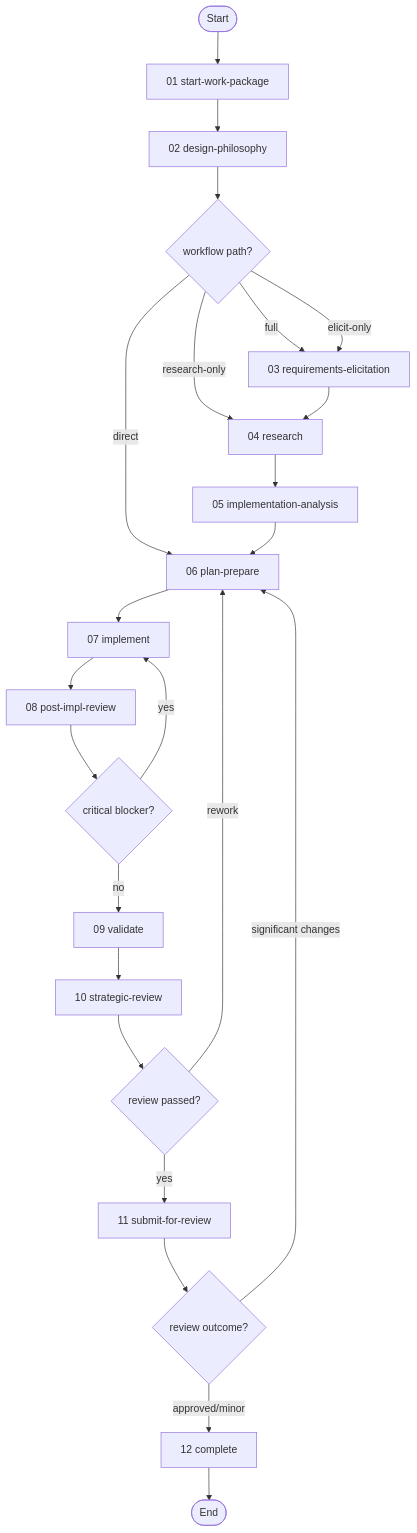
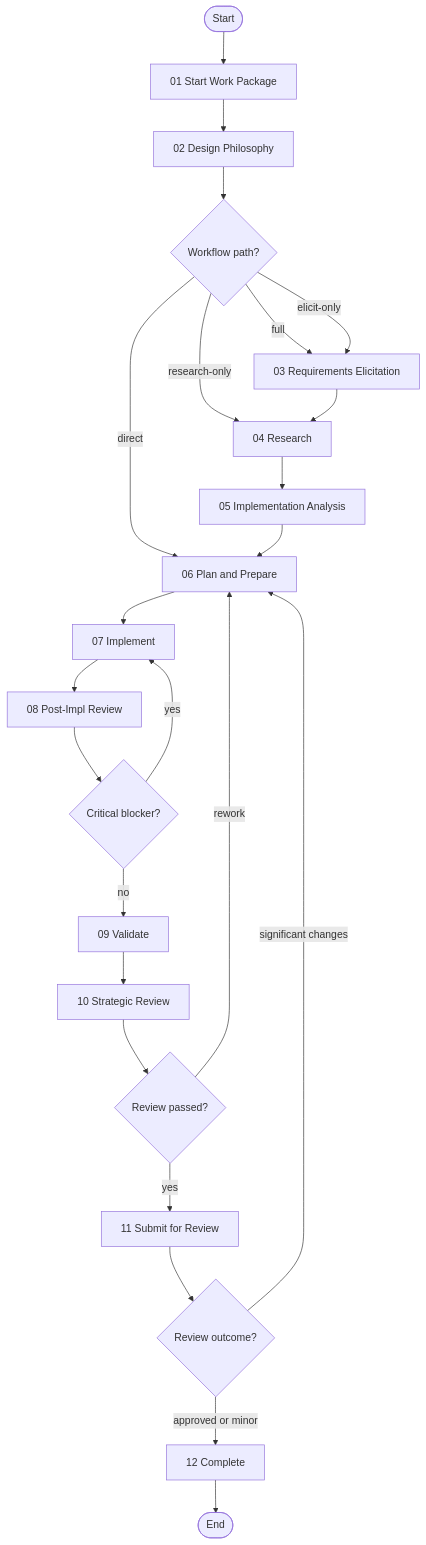
One commit to m2ux/workflow-server changed the first of 18 diagrams in work-package/README.md. Above: the diagram before and after it, drawn with Mermaid. The commit also changed other lines of this file, not shown here.

First line of the commit message:
docs: comprehensive README for work-package v3.1.0

````diff
--- a/work-package/README.md
+++ b/work-package/README.md
@@ -34,33 +74,33 @@
 ```mermaid
 graph TD
-    Start(["Start"]) --> SWP["01 start-work-package"]
-    SWP --> DP["02 design-philosophy"]
+    startNode(["Start"]) --> swp["01 Start Work Package"]
+    swp --> dp["02 Design Philosophy"]
 
-    DP --> PATH{"workflow path?"}
-    PATH -->|"full"| REL["03 requirements-elicitation"]
-    PATH -->|"elicit-only"| REL
-    PATH -->|"research-only"| RS
-    PATH -->|"direct"| PP
+    dp --> pathDecision{"Workflow path?"}
+    pathDecision -->|"full"| rel["03 Requirements Elicitation"]
+    pathDecision -->|"elicit-only"| rel
+    pathDecision -->|"research-only"| rs["04 Research"]
+    pathDecision -->|"direct"| pp["06 Plan and Prepare"]
 
-    REL --> RS["04 research"]
-    RS --> IA["05 implementation-analysis"]
-    IA --> PP["06 plan-prepare"]
+    rel --> rs
+    rs --> ia["05 Implementation Analysis"]
+    ia --> pp
 
-    PP --> IMP["07 implement"]
-    IMP --> PIR["08 post-impl-review"]
-    PIR --> BLK{"critical blocker?"}
-    BLK -->|"yes"| IMP
-    BLK -->|"no"| VAL["09 validate"]
+    pp --> imp["07 Implement"]
+    imp --> pir["08 Post-Impl Review"]
+    pir --> blockerGate{"Critical blocker?"}
+    blockerGate -->|"yes"| imp
+    blockerGate -->|"no"| val["09 Validate"]
 
-    VAL --> SR["10 strategic-review"]
+    val --> sr["10 Strategic Review"]
 
-    SR --> SRD{"review passed?"}
-    SRD -->|"yes"| SFR["11 submit-for-review"]
-    SRD -->|"rework"| PP
+    sr --> srDecision{"Review passed?"}
+    srDecision -->|"yes"| sfr["11 Submit for Review"]
+    srDecision -->|"rework"| pp
 
-    SFR --> RVD{"review outcome?"}
-    RVD -->|"approved/minor"| COMP["12 complete"]
-    RVD -->|"significant changes"| PP
+    sfr --> rvDecision{"Review outcome?"}
+    rvDecision -->|"approved or minor"| comp["12 Complete"]
+    rvDecision -->|"significant changes"| pp
 
-    COMP --> Done(["End"])
+    comp --> doneNode(["End"])
 ```
````
